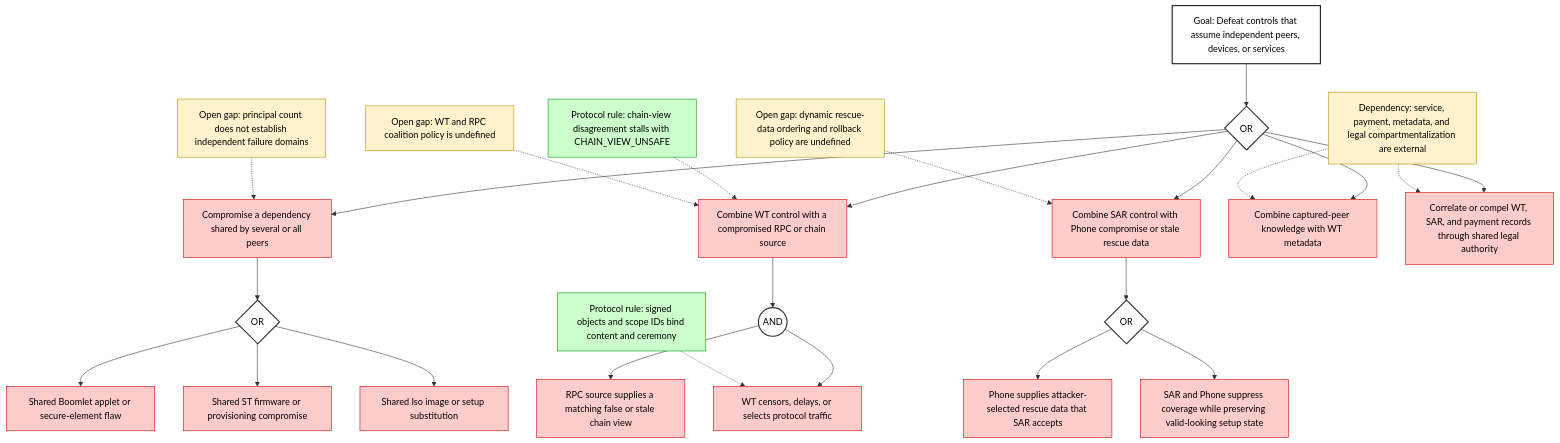
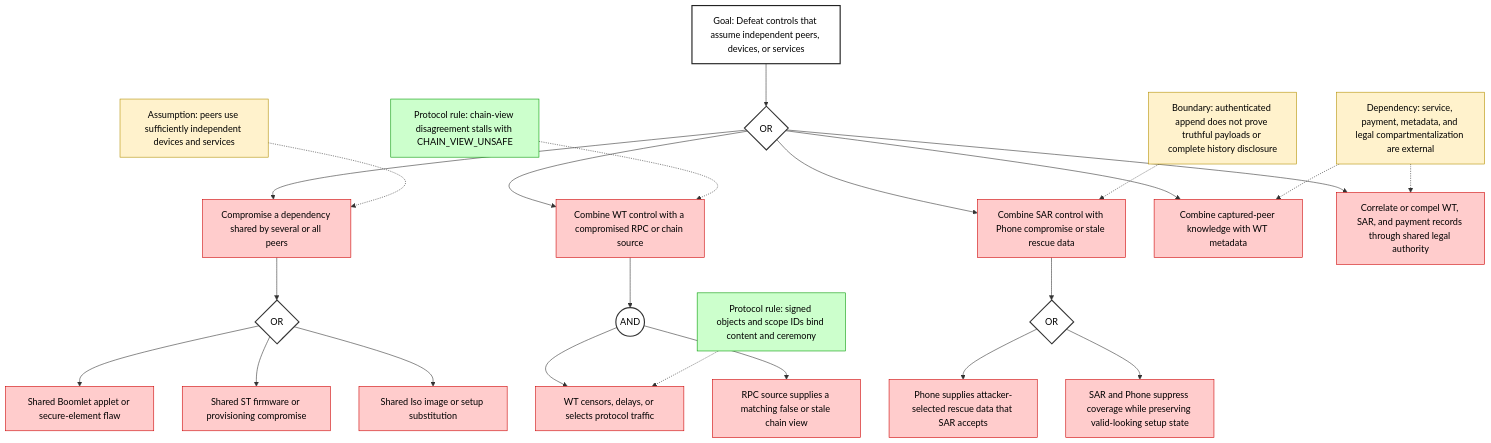
The seventh of 7 diagrams in security_models/attack_trees.md (cogwheel26/boomerang_design), drawn with Mermaid before and after one commit. The commit also changed other lines of this file and 8 other files, not shown here.

````diff
--- a/security_models/attack_trees.md
+++ b/security_models/attack_trees.md
@@ -362,43 +377,42 @@
 ```mermaid
 flowchart TD
   A["Goal: Defeat controls that assume independent peers, devices, or services"] --> OR0{OR}
 
   OR0 --> B["Compromise a dependency shared by several or all peers"]
   OR0 --> C["Combine WT control with a compromised RPC or chain source"]
   OR0 --> D["Combine SAR control with Phone compromise or stale rescue data"]
   OR0 --> E["Combine captured-peer knowledge with WT metadata"]
   OR0 --> F["Correlate or compel WT, SAR, and payment records through shared legal authority"]
 
   B --> OR1{OR}
   OR1 --> B1["Shared Boomlet applet or secure-element flaw"]
   OR1 --> B2["Shared ST firmware or provisioning compromise"]
   OR1 --> B3["Shared Iso image or setup substitution"]
 
   C --> AND1((AND))
   AND1 --> C1["WT censors, delays, or selects protocol traffic"]
   AND1 --> C2["RPC source supplies a matching false or stale chain view"]
 
   D --> OR2{OR}
   OR2 --> D1["Phone supplies attacker-selected rescue data that SAR accepts"]
   OR2 --> D2["SAR and Phone suppress coverage while preserving valid-looking setup state"]
 
   P1["Protocol rule: signed objects and scope IDs bind content and ceremony"] -.-> C1
   P2["Protocol rule: chain-view disagreement stalls with CHAIN_VIEW_UNSAFE"] -.-> C
-  P3["Open gap: principal count does not establish independent failure domains"] -.-> B
-  P4["Open gap: WT and RPC coalition policy is undefined"] -.-> C
-  P5["Open gap: dynamic rescue-data ordering and rollback policy are undefined"] -.-> D
+  P3["Assumption: peers use sufficiently independent devices and services"] -.-> B
+  P5["Boundary: authenticated append does not prove truthful payloads or complete history disclosure"] -.-> D
   P6["Dependency: service, payment, metadata, and legal compartmentalization are external"] -.-> E
   P6 -.-> F
 
   classDef goal fill:#ffffff,stroke:#222,stroke-width:2px,color:#000;
   classDef attack fill:#ffcccc,stroke:#cc0000,color:#000;
   classDef control fill:#ccffcc,stroke:#009900,color:#000;
   classDef open fill:#fff2cc,stroke:#b38f00,color:#000;
   classDef gate fill:#ffffff,stroke:#333,stroke-width:2px,color:#000;
 
   class A goal;
   class B,C,D,E,F,B1,B2,B3,C1,C2,D1,D2 attack;
   class P1,P2 control;
-  class P3,P4,P5,P6 open;
+  class P3,P5,P6 open;
   class OR0,OR1,OR2,AND1 gate;
 ```
````
